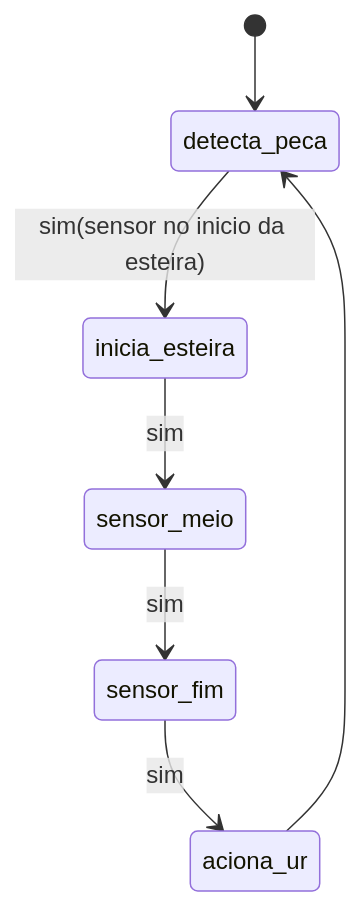
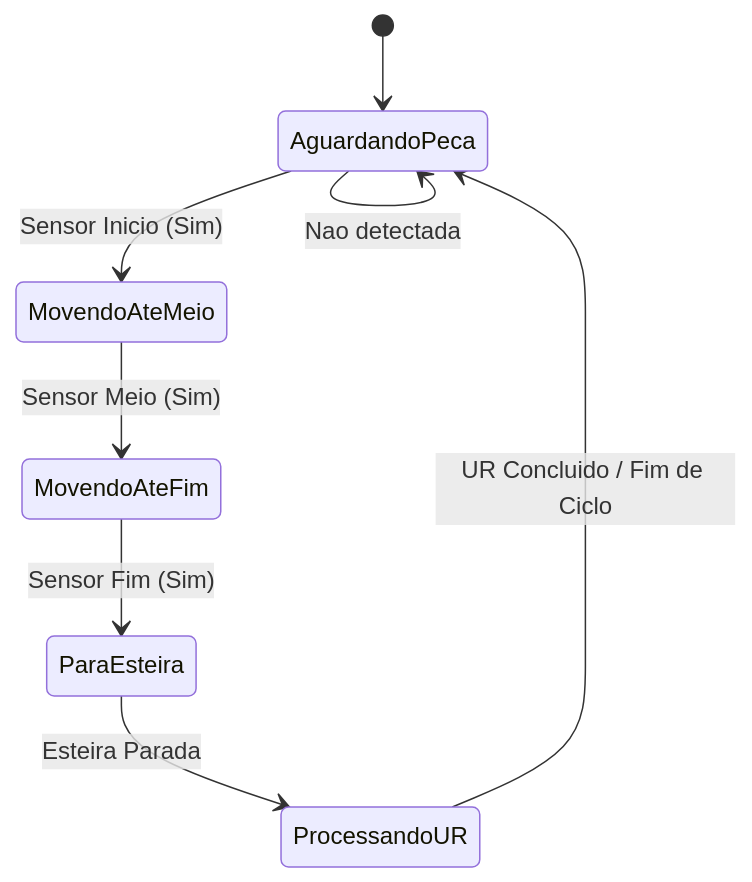
Before and after one commit to MarcoAntOliveira/operacao_esteira: the diagram in README.md, drawn with Mermaid. The commit also changed 1 other file, not shown here.

````diff
--- a/README.md
+++ b/README.md
@@ -6,11 +6,15 @@
 ```mermaid
-    stateDiagram-v2
-    [*] --> detecta_peca
+   stateDiagram-v2
+    [*] --> AguardandoPeca
 
-    detecta_peca --> inicia_esteira:sim(sensor no inicio da esteira)
-    inicia_esteira --> sensor_meio : sim
-    sensor_meio --> sensor_fim : sim
-    sensor_fim --> aciona_ur:sim
-    aciona_ur --> detecta_peca
+    AguardandoPeca --> AguardandoPeca: Nao detectada
+    AguardandoPeca --> MovendoAteMeio: Sensor Inicio (Sim)
+
+    MovendoAteMeio --> MovendoAteFim: Sensor Meio (Sim)
+
+    MovendoAteFim --> ParaEsteira: Sensor Fim (Sim)
+
+    ParaEsteira --> ProcessandoUR: Esteira Parada
     
+    ProcessandoUR --> AguardandoPeca: UR Concluido / Fim de Ciclo 
 ```
````
